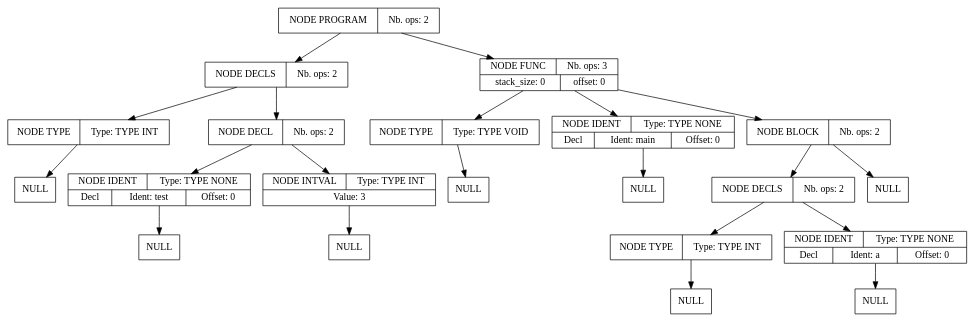
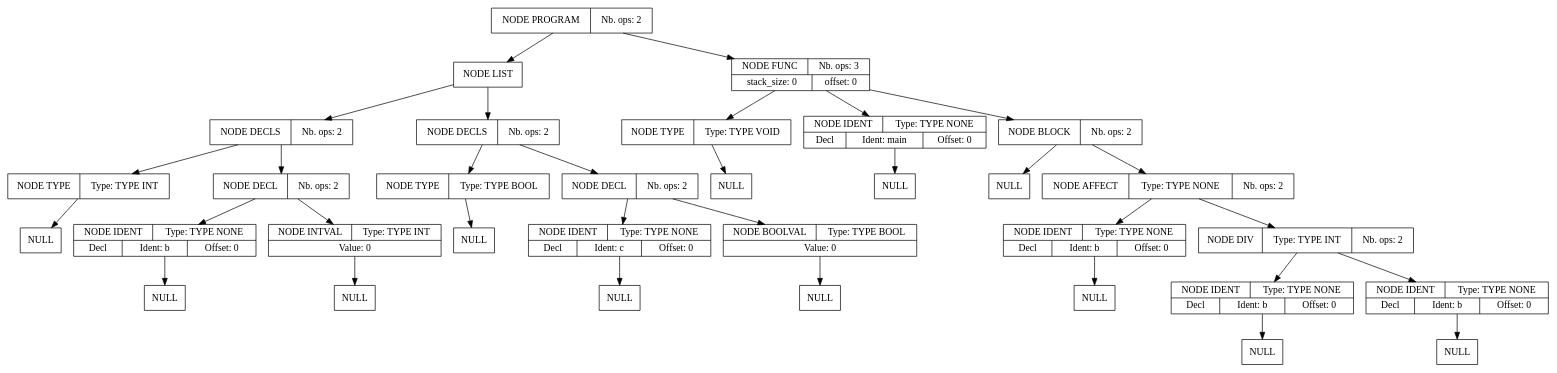
Before and after one commit to Serial-DeV/Compilation: the diagram in projet_compilation_src/src/fichier_dump.dot, drawn with Graphviz. The commit also changed 15 other files, not shown here.

```diff
--- a/projet_compilation_src/src/fichier_dump.dot
+++ b/projet_compilation_src/src/fichier_dump.dot
@@ -1,63 +1,99 @@
 digraph global_vars {
     N1 [shape=record, label="{{NODE PROGRAM|Nb. ops: 2}}"];
-    N2 [shape=record, label="{{NODE DECLS|Nb. ops: 2}}"];
-    N3 [shape=record, label="{{NODE TYPE|Type: TYPE INT}}"];
-    N4 [shape=record, label="{{NULL}}"];
+    N2 [shape=record, label="{{NODE LIST}}"];
+    N3 [shape=record, label="{{NODE DECLS|Nb. ops: 2}}"];
+    N4 [shape=record, label="{{NODE TYPE|Type: TYPE INT}}"];
+    N5 [shape=record, label="{{NULL}}"];
+    edge[tailclip=true];
+    N4 -> N5
     edge[tailclip=true];
     N3 -> N4
+    N6 [shape=record, label="{{NODE DECL|Nb. ops: 2}}"];
+    N7 [shape=record, label="{{NODE IDENT|Type: TYPE NONE}|{<decl>Decl      |Ident: b|Offset: 0}}"];
+    N8 [shape=record, label="{{NULL}}"];
+    edge[tailclip=true];
+    N7 -> N8
+    edge[tailclip=true];
+    N6 -> N7
+    N9 [shape=record, label="{{NODE INTVAL|Type: TYPE INT}|{Value: 0}}"];
+    N10 [shape=record, label="{{NULL}}"];
+    edge[tailclip=true];
+    N9 -> N10
+    edge[tailclip=true];
+    N6 -> N9
+    edge[tailclip=true];
+    N3 -> N6
     edge[tailclip=true];
     N2 -> N3
-    N5 [shape=record, label="{{NODE DECL|Nb. ops: 2}}"];
-    N6 [shape=record, label="{{NODE IDENT|Type: TYPE NONE}|{<decl>Decl      |Ident: test|Offset: 0}}"];
-    N7 [shape=record, label="{{NULL}}"];
+    N11 [shape=record, label="{{NODE DECLS|Nb. ops: 2}}"];
+    N12 [shape=record, label="{{NODE TYPE|Type: TYPE BOOL}}"];
+    N13 [shape=record, label="{{NULL}}"];
     edge[tailclip=true];
-    N6 -> N7
-    edge[tailclip=true];
-    N5 -> N6
-    N8 [shape=record, label="{{NODE INTVAL|Type: TYPE INT}|{Value: 3}}"];
-    N9 [shape=record, label="{{NULL}}"];
-    edge[tailclip=true];
-    N8 -> N9
-    edge[tailclip=true];
-    N5 -> N8
-    edge[tailclip=true];
-    N2 -> N5
-    edge[tailclip=true];
-    N1 -> N2
-    N10 [shape=record, label="{{NODE FUNC|Nb. ops: 3}|{stack_size: 0|offset: 0}}"];
-    N11 [shape=record, label="{{NODE TYPE|Type: TYPE VOID}}"];
-    N12 [shape=record, label="{{NULL}}"];
+    N12 -> N13
     edge[tailclip=true];
     N11 -> N12
+    N14 [shape=record, label="{{NODE DECL|Nb. ops: 2}}"];
+    N15 [shape=record, label="{{NODE IDENT|Type: TYPE NONE}|{<decl>Decl      |Ident: c|Offset: 0}}"];
+    N16 [shape=record, label="{{NULL}}"];
     edge[tailclip=true];
-    N10 -> N11
-    N13 [shape=record, label="{{NODE IDENT|Type: TYPE NONE}|{<decl>Decl      |Ident: main|Offset: 0}}"];
-    N14 [shape=record, label="{{NULL}}"];
+    N15 -> N16
     edge[tailclip=true];
-    N13 -> N14
-    edge[tailclip=true];
-    N10 -> N13
-    N15 [shape=record, label="{{NODE BLOCK|Nb. ops: 2}}"];
-    N16 [shape=record, label="{{NODE DECLS|Nb. ops: 2}}"];
-    N17 [shape=record, label="{{NODE TYPE|Type: TYPE INT}}"];
+    N14 -> N15
+    N17 [shape=record, label="{{NODE BOOLVAL|Type: TYPE BOOL}|{Value: 0}}"];
     N18 [shape=record, label="{{NULL}}"];
     edge[tailclip=true];
     N17 -> N18
     edge[tailclip=true];
-    N16 -> N17
-    N19 [shape=record, label="{{NODE IDENT|Type: TYPE NONE}|{<decl>Decl      |Ident: a|Offset: 0}}"];
-    N20 [shape=record, label="{{NULL}}"];
+    N14 -> N17
+    edge[tailclip=true];
+    N11 -> N14
+    edge[tailclip=true];
+    N2 -> N11
+    edge[tailclip=true];
+    N1 -> N2
+    N19 [shape=record, label="{{NODE FUNC|Nb. ops: 3}|{stack_size: 0|offset: 0}}"];
+    N20 [shape=record, label="{{NODE TYPE|Type: TYPE VOID}}"];
+    N21 [shape=record, label="{{NULL}}"];
+    edge[tailclip=true];
+    N20 -> N21
     edge[tailclip=true];
     N19 -> N20
+    N22 [shape=record, label="{{NODE IDENT|Type: TYPE NONE}|{<decl>Decl      |Ident: main|Offset: 0}}"];
+    N23 [shape=record, label="{{NULL}}"];
     edge[tailclip=true];
-    N16 -> N19
+    N22 -> N23
     edge[tailclip=true];
-    N15 -> N16
-    N21 [shape=record, label="{{NULL}}"];
+    N19 -> N22
+    N24 [shape=record, label="{{NODE BLOCK|Nb. ops: 2}}"];
+    N25 [shape=record, label="{{NULL}}"];
     edge[tailclip=true];
-    N15 -> N21
+    N24 -> N25
+    N26 [shape=record, label="{{NODE AFFECT|Type: TYPE NONE|Nb. ops: 2}}"];
+    N27 [shape=record, label="{{NODE IDENT|Type: TYPE NONE}|{<decl>Decl      |Ident: b|Offset: 0}}"];
+    N28 [shape=record, label="{{NULL}}"];
     edge[tailclip=true];
-    N10 -> N15
+    N27 -> N28
     edge[tailclip=true];
-    N1 -> N10
+    N26 -> N27
+    N29 [shape=record, label="{{NODE DIV|Type: TYPE INT|Nb. ops: 2}}"];
+    N30 [shape=record, label="{{NODE IDENT|Type: TYPE NONE}|{<decl>Decl      |Ident: b|Offset: 0}}"];
+    N31 [shape=record, label="{{NULL}}"];
+    edge[tailclip=true];
+    N30 -> N31
+    edge[tailclip=true];
+    N29 -> N30
+    N32 [shape=record, label="{{NODE IDENT|Type: TYPE NONE}|{<decl>Decl      |Ident: b|Offset: 0}}"];
+    N33 [shape=record, label="{{NULL}}"];
+    edge[tailclip=true];
+    N32 -> N33
+    edge[tailclip=true];
+    N29 -> N32
+    edge[tailclip=true];
+    N26 -> N29
+    edge[tailclip=true];
+    N24 -> N26
+    edge[tailclip=true];
+    N19 -> N24
+    edge[tailclip=true];
+    N1 -> N19
 }
```
